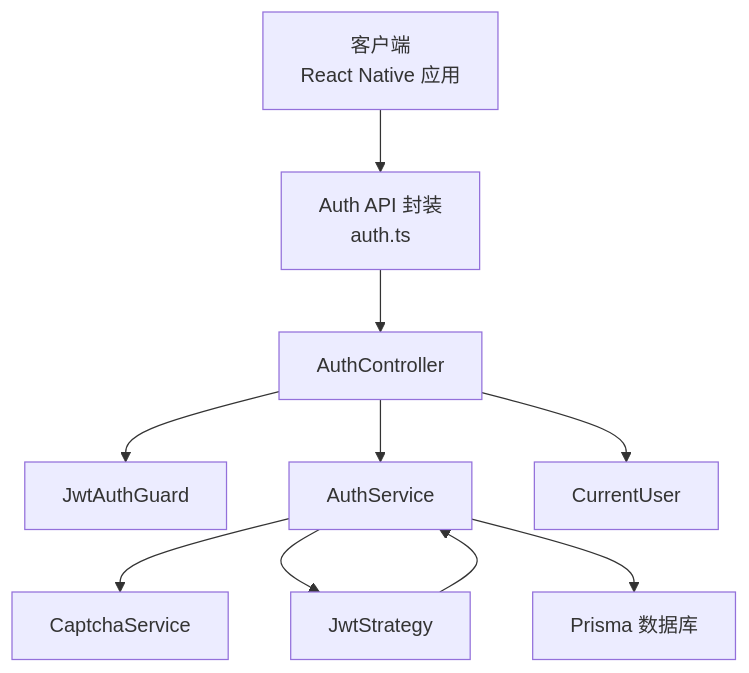
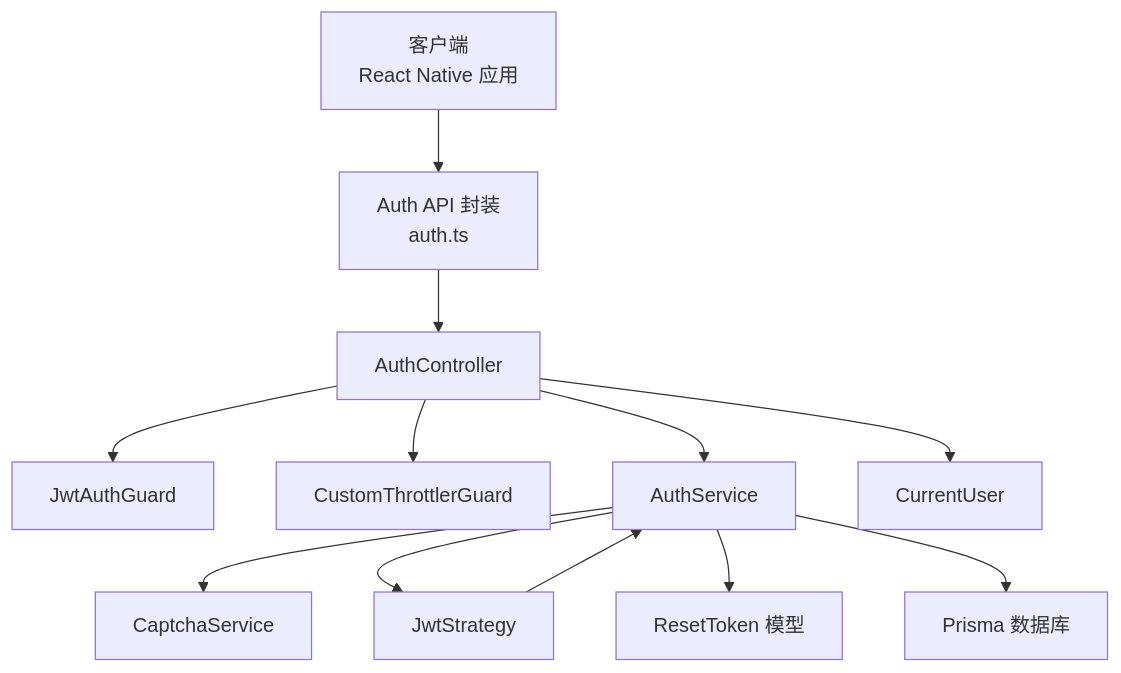
Before and after one commit to lsqwawa/free-dress: the second of 12 diagrams in .qoder/repowiki/zh/content/后端开发指南/核心模块详解/认证模块.md, drawn with Mermaid. The commit also changed other lines of this file and 62 other files, not shown here.

````diff
--- a/.qoder/repowiki/zh/content/后端开发指南/核心模块详解/认证模块.md
+++ b/.qoder/repowiki/zh/content/后端开发指南/核心模块详解/认证模块.md
@@ -138,12 +163,14 @@
 ```mermaid
 graph TB
 Client["客户端<br/>React Native 应用"] --> API["Auth API 封装<br/>auth.ts"]
 API --> Controller["AuthController"]
 Controller --> Guard["JwtAuthGuard"]
+Controller --> Throttler["CustomThrottlerGuard"]
 Controller --> Service["AuthService"]
 Service --> Captcha["CaptchaService"]
 Service --> Strategy["JwtStrategy"]
+Service --> ResetToken["ResetToken 模型"]
 Strategy --> Service
 Controller --> Decorator["CurrentUser"]
 Service --> Prisma["Prisma 数据库"]
 ```
````
